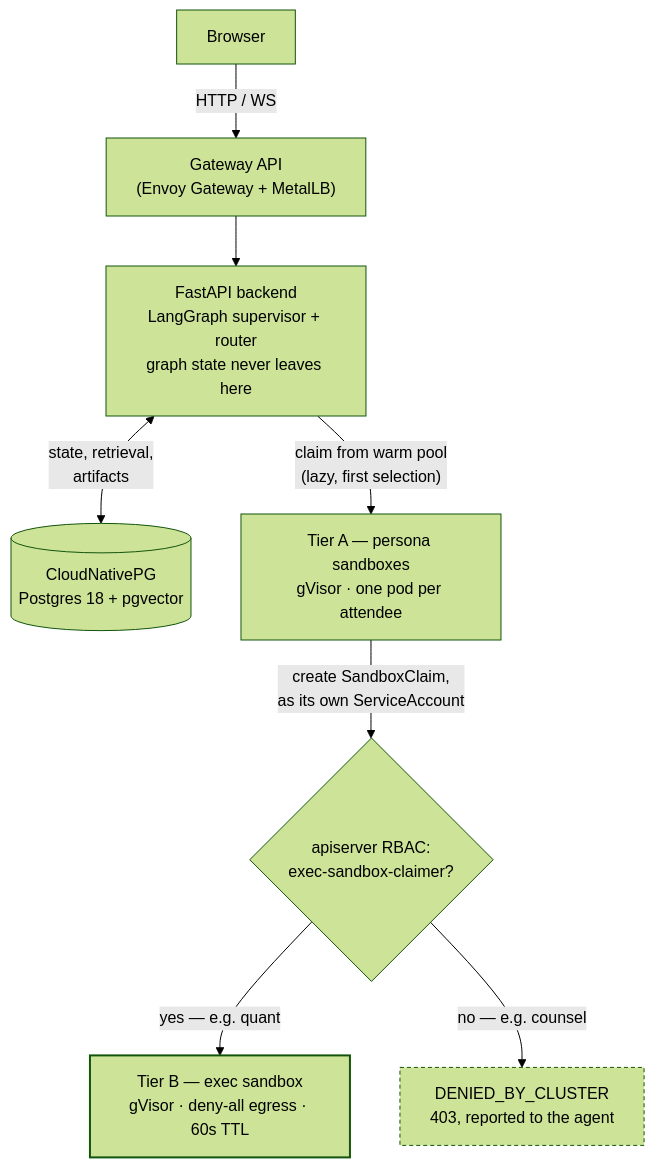
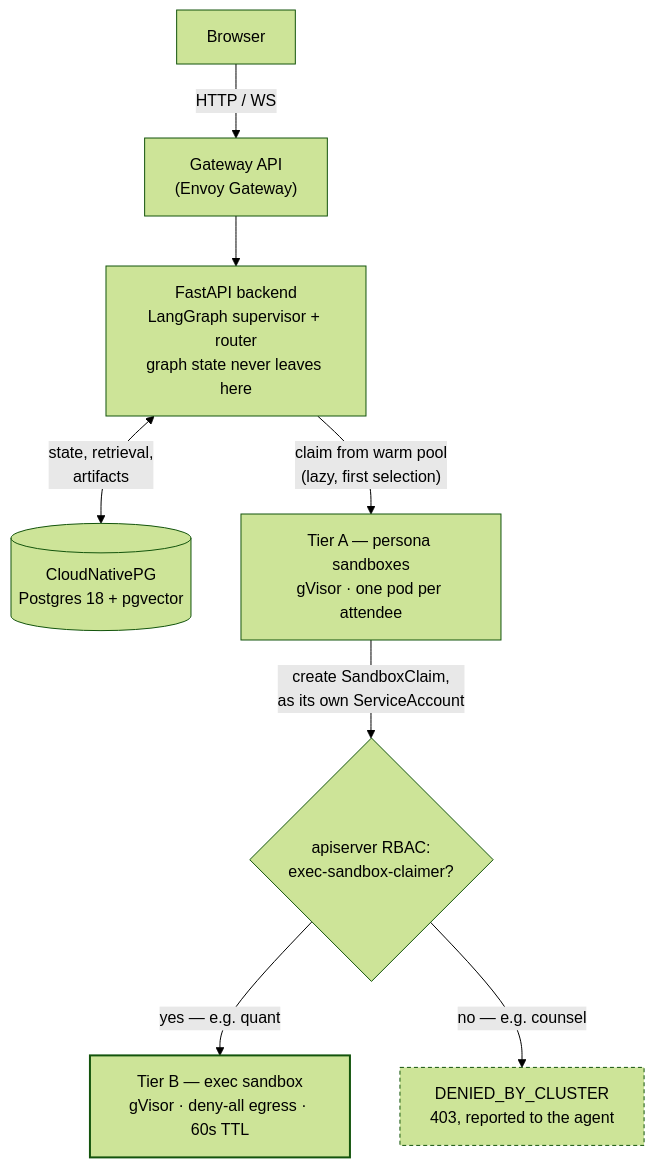
Before and after one commit to erdincka/meetings: the first of 3 diagrams in docs/architecture.md, drawn with Mermaid (forest theme). The commit also changed other lines of this file and 119 other files, not shown here.

````diff
--- a/docs/architecture.md
+++ b/docs/architecture.md
@@ -22,13 +22,13 @@
 ```mermaid
 flowchart TD
-    browser["Browser"] -->|"HTTP / WS"| gw["Gateway API<br/>(Envoy Gateway + MetalLB)"]
+    browser["Browser"] -->|"HTTP / WS"| gw["Gateway API<br/>(Envoy Gateway)"]
     gw --> backend["FastAPI backend<br/>LangGraph supervisor + router<br/>graph state never leaves here"]
     backend <-->|"state, retrieval,<br/>artifacts"| pg[("CloudNativePG<br/>Postgres 18 + pgvector")]
     backend -->|"claim from warm pool<br/>(lazy, first selection)"| tierA["Tier A — persona sandboxes<br/>gVisor · one pod per attendee"]
     tierA -->|"create SandboxClaim,<br/>as its own ServiceAccount"| rbac{"apiserver RBAC:<br/>exec-sandbox-claimer?"}
     rbac -->|"yes — e.g. quant"| tierB["Tier B — exec sandbox<br/>gVisor · deny-all egress · 60s TTL"]
     rbac -->|"no — e.g. counsel"| denied["DENIED_BY_CLUSTER<br/>403, reported to the agent"]
 
     style tierB stroke-width:2px
     style denied stroke-dasharray: 4 3
 ```
````
